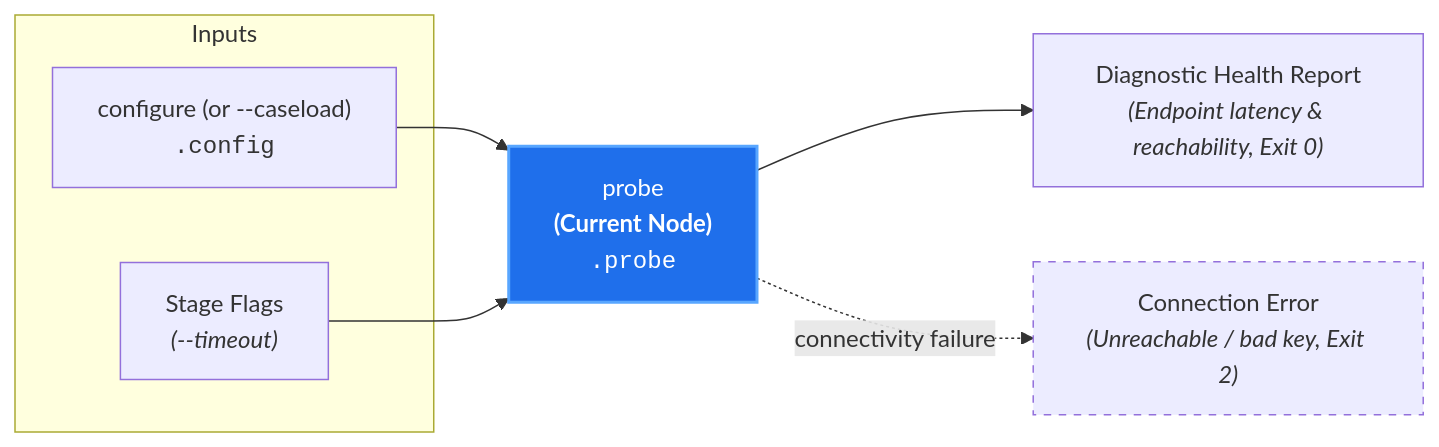
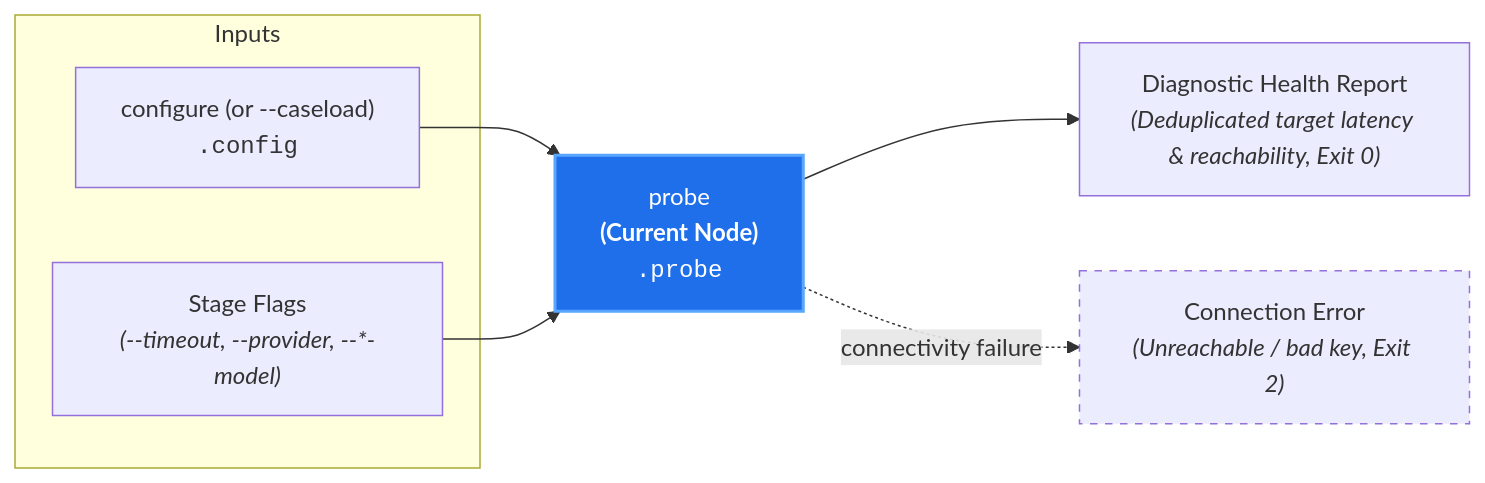
Before and after one commit to PAIR-code/canon-clerk: the diagram in docs/architecture/nodes/probe.md, drawn with Mermaid. The commit also changed other lines of this file and 82 other files, not shown here.

First line of the commit message:
feat(configuration,core,cli)!: replace screener/auditor tiers with provider- and node-cascaded model configuration (#336) (#337)

````diff
--- a/docs/architecture/nodes/probe.md
+++ b/docs/architecture/nodes/probe.md
@@ -21,16 +21,16 @@
 ```mermaid
 flowchart LR
     subgraph Inputs["Inputs"]
         Config["configure (or --caseload)<br/><code>.config</code>"]
-        Params["Stage Flags<br/><i>(--timeout)</i>"]
+        Params["Stage Flags<br/><i>(--timeout, --provider, --*-model)</i>"]
     end
 
     Config --> Probe["probe<br/><b>(Current Node)</b><br/><code>.probe</code>"]
     Params --> Probe
 
-    Probe --> Report["Diagnostic Health Report<br/><i>(Endpoint latency & reachability, Exit 0)</i>"]
+    Probe --> Report["Diagnostic Health Report<br/><i>(Deduplicated target latency & reachability, Exit 0)</i>"]
     Probe -. "connectivity failure" .-> Failure["Connection Error<br/><i>(Unreachable / bad key, Exit 2)</i>"]
 
     style Probe fill:#1f6feb,stroke:#58a6ff,stroke-width:2px,color:#fff
     style Failure stroke-dasharray: 5 5
 ```
````
